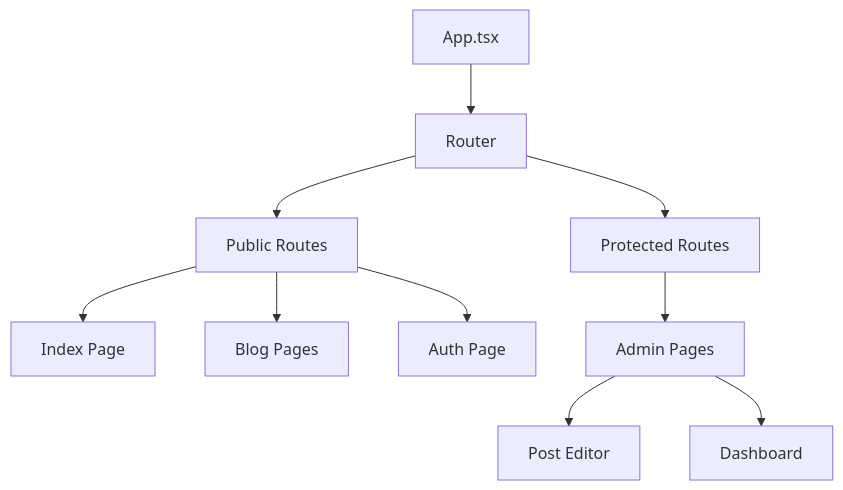
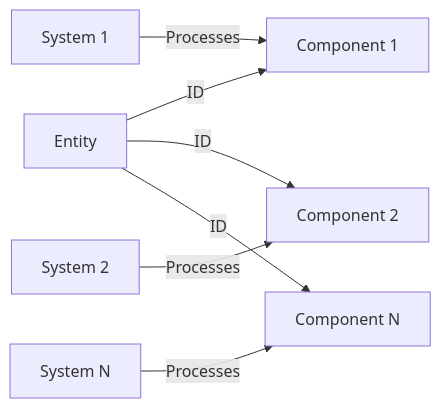
One commit to NexoEngine/nexo-website changed the second of 5 diagrams in docs/guide/architecture.md. Above: the diagram before and after it, drawn with Mermaid. The commit also changed other lines of this file and 5 other files, not shown here.

````diff
--- a/docs/guide/architecture.md
+++ b/docs/guide/architecture.md
@@ -60,12 +57,9 @@
 ```mermaid
-graph TD
-    A[App.tsx] --> B[Router]
-    B --> C[Public Routes]
-    B --> D[Protected Routes]
-    C --> E[Index Page]
-    C --> F[Blog Pages]
-    C --> G[Auth Page]
-    D --> H[Admin Pages]
-    H --> I[Post Editor]
-    H --> J[Dashboard]
+graph LR
+    A[Entity] -->|ID| B[Component 1]
+    A -->|ID| C[Component 2]
+    A -->|ID| D[Component N]
+    E[System 1] -->|Processes| B
+    F[System 2] -->|Processes| C
+    G[System N] -->|Processes| D
 ```
````
